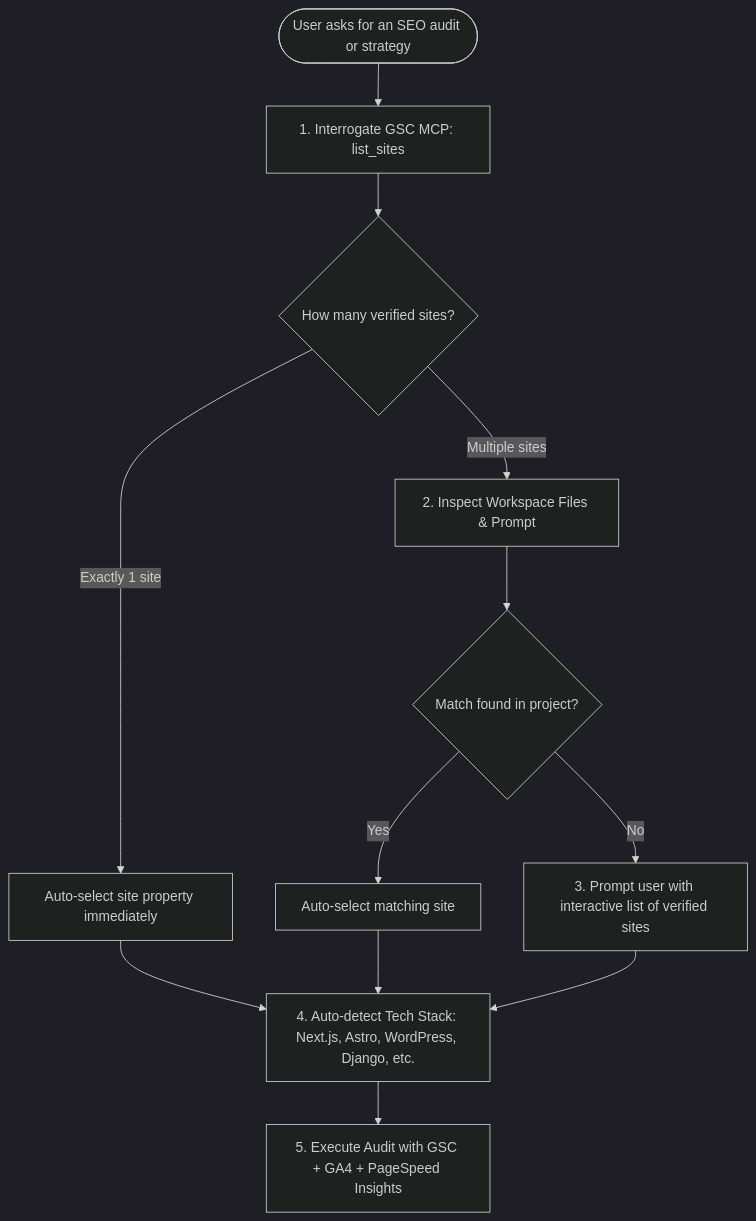
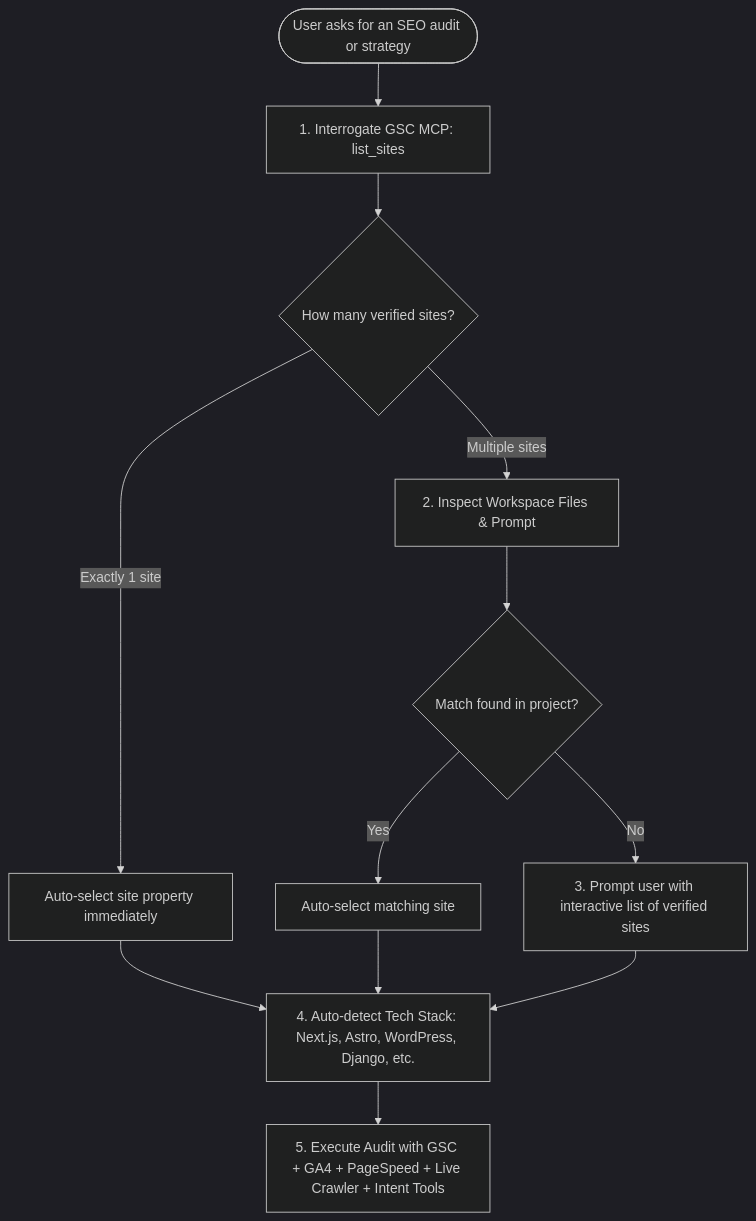
The diagram in README.md (CheckSim/SEO-and-Growth-Agent-Plugin), drawn with Mermaid (dark theme) before and after one commit. The commit also changed other lines of this file and 16 other files, not shown here.

````diff
--- a/README.md
+++ b/README.md
@@ -24,18 +32,18 @@
 ```mermaid
 graph TD
     Start([User asks for an SEO audit or strategy]) --> Step1[1. Interrogate GSC MCP: list_sites]
     Step1 --> CheckSites{How many verified sites?}
     
     CheckSites -->|Exactly 1 site| Auto1[Auto-select site property immediately]
     CheckSites -->|Multiple sites| CheckRepo[2. Inspect Workspace Files & Prompt]
     
     CheckRepo --> MatchFound{Match found in project?}
     MatchFound -->|Yes| Auto2[Auto-select matching site]
     MatchFound -->|No| AskUser[3. Prompt user with interactive list of verified sites]
     
     Auto1 --> DetectStack[4. Auto-detect Tech Stack: Next.js, Astro, WordPress, Django, etc.]
     Auto2 --> DetectStack
     AskUser --> DetectStack
     
-    DetectStack --> RunAudit[5. Execute Audit with GSC + GA4 + PageSpeed Insights]
+    DetectStack --> RunAudit[5. Execute Audit with GSC + GA4 + PageSpeed + Live Crawler + Intent Tools]
 ```
````
